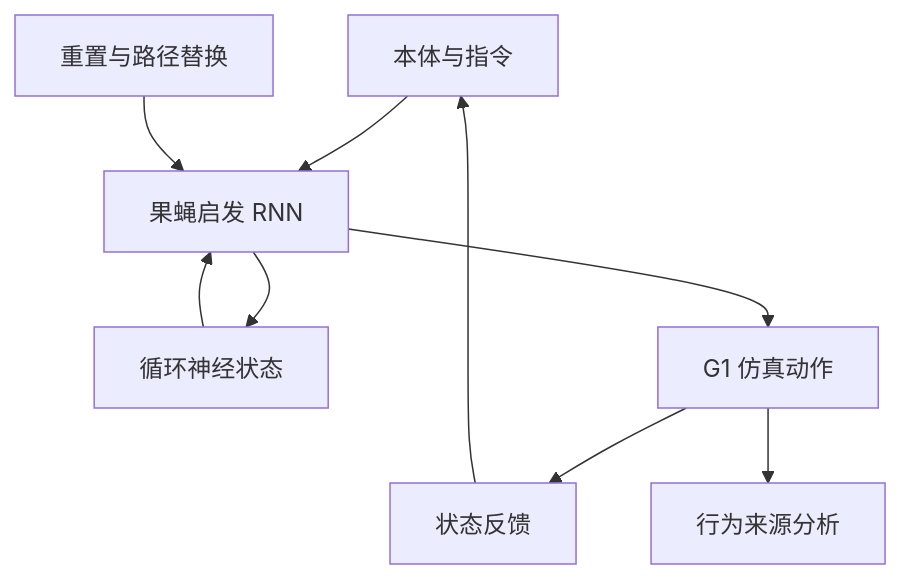
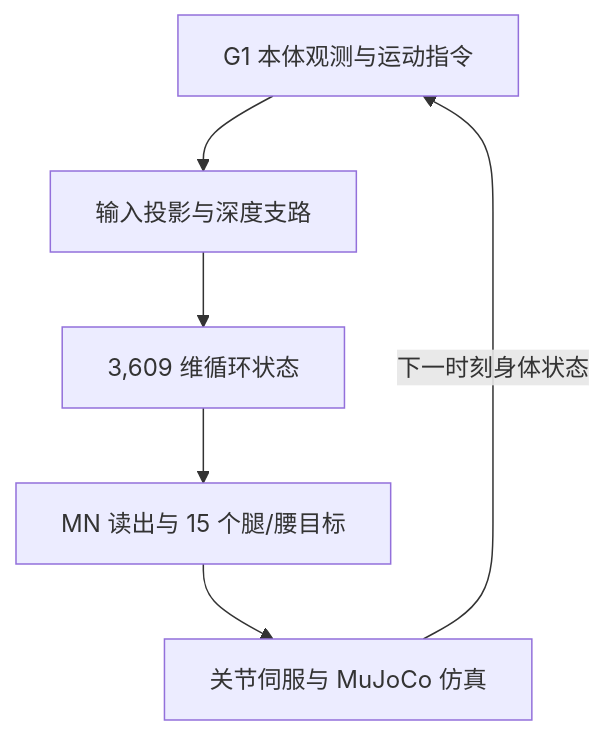
Before and after one commit to ImChong/Robotics_Notebooks: the diagram in wiki/entities/paper-humanoid-fly-inspired-rnn.md, drawn with Mermaid. The commit also changed other lines of this file and 1 other file, not shown here.

Commit message:
[2026-10-04] ingest | sources/papers/humanoid-fly-inspired-rnn_arxiv_2609_27001.md — 深化果蝇启发循环控制器论文节点

````diff
--- a/wiki/entities/paper-humanoid-fly-inspired-rnn.md
+++ b/wiki/entities/paper-humanoid-fly-inspired-rnn.md
@@ -45,18 +60,10 @@
 ```mermaid
 flowchart TD
-    N0["本体与指令"]
-    N1["循环神经状态"]
-    N2["果蝇启发 RNN"]
-    N3["G1 仿真动作"]
-    N4["状态反馈"]
-    N5["重置与路径替换"]
-    N6["行为来源分析"]
-    N0 --> N2
-    N1 --> N2
-    N2 --> N3
-    N3 --> N4
-    N4 --> N0
-    N2 --> N1
-    N5 --> N2
-    N3 --> N6
+    obs["G1 本体观测与运动指令"]
+    input["输入投影与深度支路"]
+    core["3,609 维循环状态"]
+    readout["MN 读出与 15 个腿/腰目标"]
+    sim["关节伺服与 MuJoCo 仿真"]
+    obs --> input --> core --> readout --> sim
+    sim -->|"下一时刻身体状态"| obs
 ```
````
